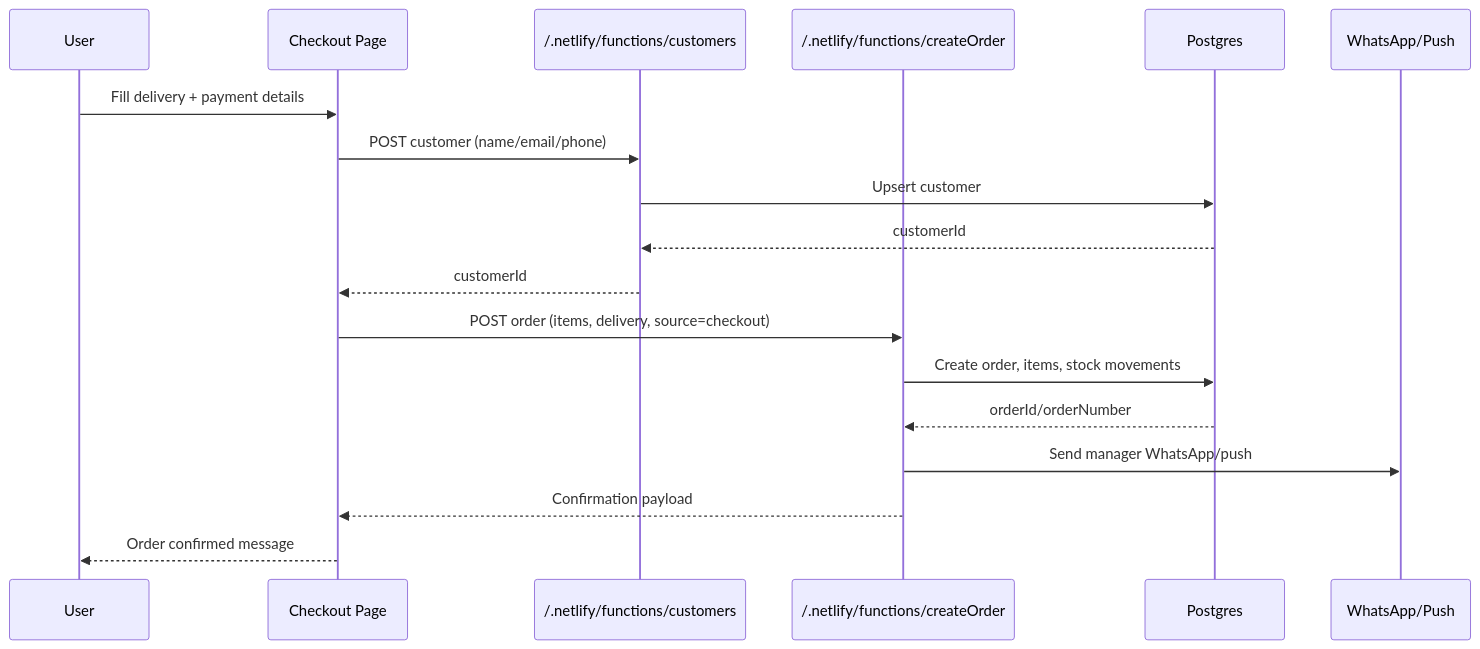
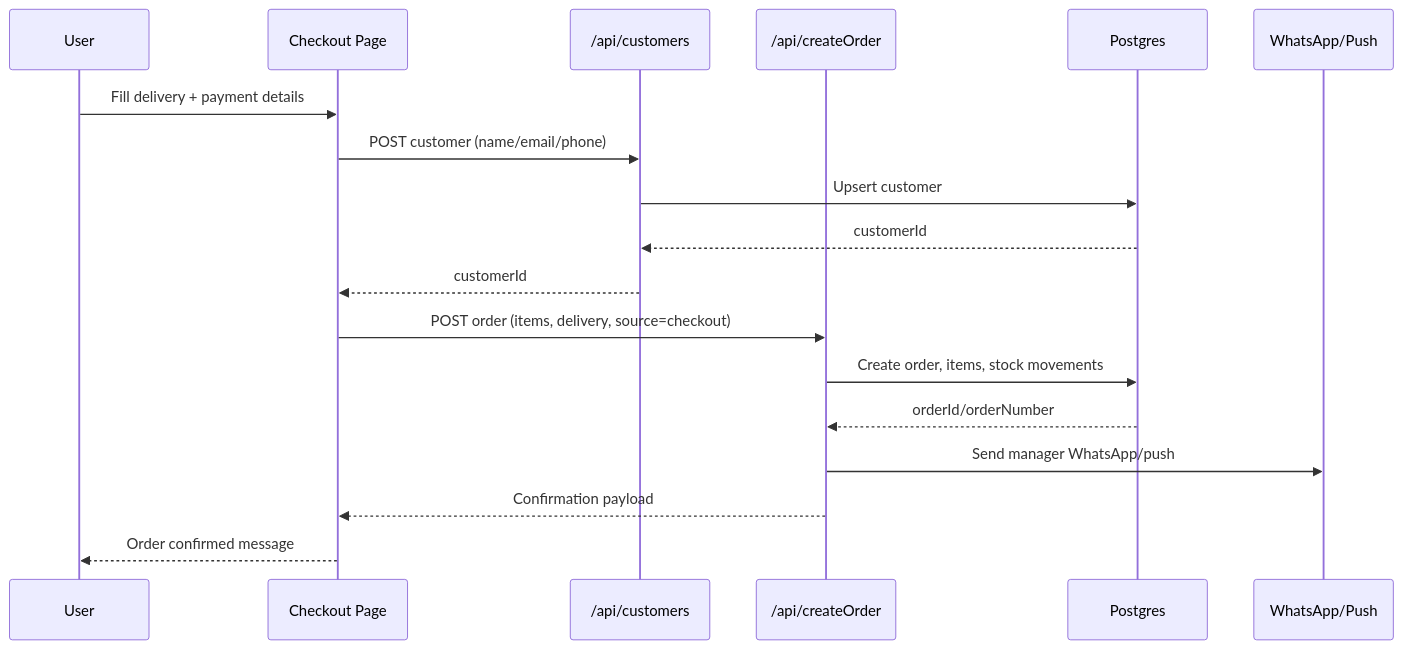
Before and after one commit to nanaabaackah/faako-system: the second of 3 diagrams in apps/reebs-portal/docs/FRONTEND.md, drawn with Mermaid. The commit also changed other lines of this file and 334 other files, not shown here.

````diff
--- a/apps/reebs-portal/docs/FRONTEND.md
+++ b/apps/reebs-portal/docs/FRONTEND.md
@@ -125,21 +125,21 @@
 ```mermaid
 sequenceDiagram
   participant User
   participant UI as Checkout Page
-  participant CustomersAPI as /.netlify/functions/customers
-  participant OrdersAPI as /.netlify/functions/createOrder
+  participant CustomersAPI as /api/customers
+  participant OrdersAPI as /api/createOrder
   participant DB as Postgres
   participant Notify as WhatsApp/Push
 
   User->>UI: Fill delivery + payment details
   UI->>CustomersAPI: POST customer (name/email/phone)
   CustomersAPI->>DB: Upsert customer
   DB-->>CustomersAPI: customerId
   CustomersAPI-->>UI: customerId
   UI->>OrdersAPI: POST order (items, delivery, source=checkout)
   OrdersAPI->>DB: Create order, items, stock movements
   DB-->>OrdersAPI: orderId/orderNumber
   OrdersAPI->>Notify: Send manager WhatsApp/push
   OrdersAPI-->>UI: Confirmation payload
   UI-->>User: Order confirmed message
 ```
````
